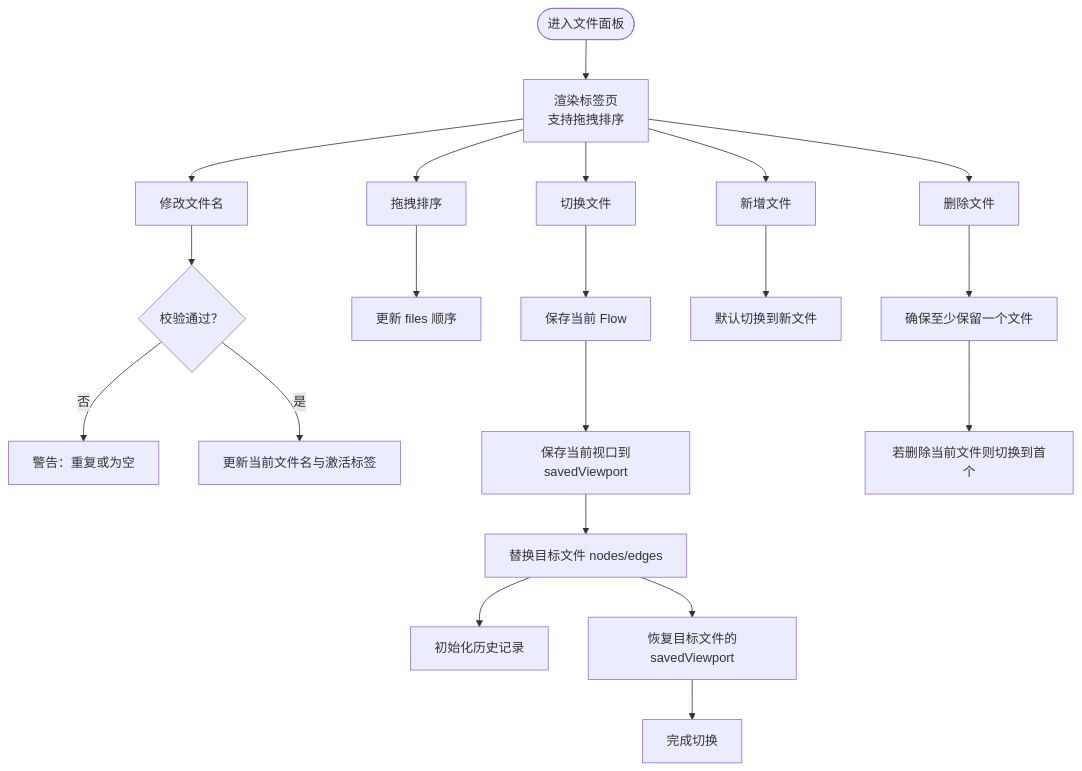
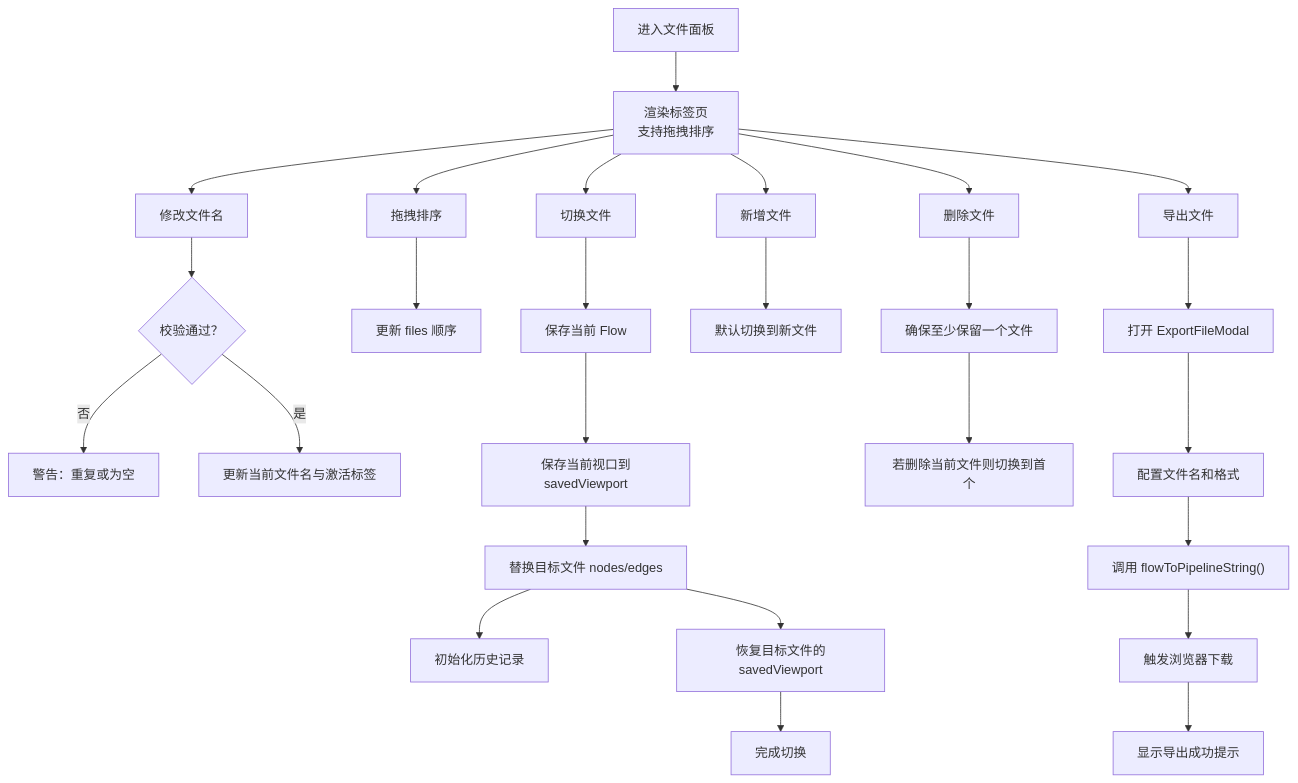
Before and after one commit to kqcoxn/MaaPipelineEditor: the third of 8 diagrams in .qoder/repowiki/zh/content/核心概念/文件与视口.md, drawn with Mermaid. The commit also changed other lines of this file and 5 other files, not shown here.

````diff
--- a/.qoder/repowiki/zh/content/核心概念/文件与视口.md
+++ b/.qoder/repowiki/zh/content/核心概念/文件与视口.md
@@ -188,22 +203,28 @@
 ```mermaid
 flowchart TD
-Start(["进入文件面板"]) --> Tabs["渲染标签页<br/>支持拖拽排序"]
+Start["进入文件面板"] --> Tabs["渲染标签页<br/>支持拖拽排序"]
 Tabs --> EditName["修改文件名"]
 EditName --> Check{"校验通过？"}
 Check --> |否| Warn["警告：重复或为空"]
 Check --> |是| UpdateKey["更新当前文件名与激活标签"]
 Tabs --> Drag["拖拽排序"]
 Drag --> Move["更新 files 顺序"]
 Tabs --> Switch["切换文件"]
 Switch --> Save["保存当前 Flow"]
 Save --> SaveViewport["保存当前视口到savedViewport"]
 SaveViewport --> Replace["替换目标文件 nodes/edges"]
 Replace --> InitHist["初始化历史记录"]
 Replace --> RestoreViewport["恢复目标文件的savedViewport"]
 RestoreViewport --> End["完成切换"]
 Tabs --> Add["新增文件"]
 Add --> SwitchNew["默认切换到新文件"]
 Tabs --> Remove["删除文件"]
 Remove --> Ensure["确保至少保留一个文件"]
 Ensure --> SwitchFirst["若删除当前文件则切换到首个"]
+Tabs --> Export["导出文件"]
+Export --> OpenModal["打开 ExportFileModal"]
+OpenModal --> Config["配置文件名和格式"]
+Config --> ExportContent["调用 flowToPipelineString()"]
+ExportContent --> Download["触发浏览器下载"]
+Download --> Success["显示导出成功提示"]
 ```
````
